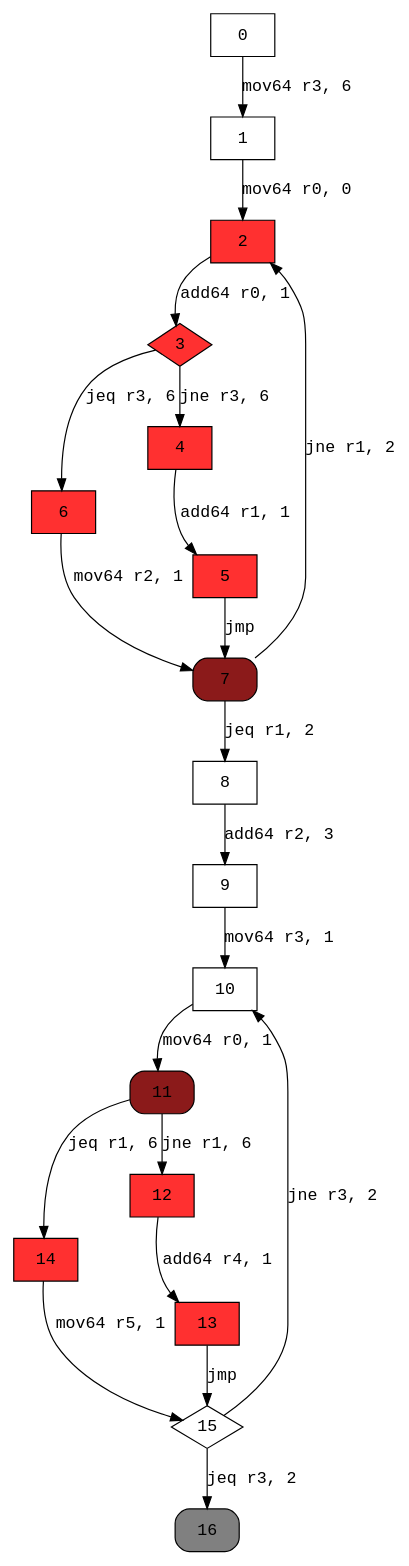
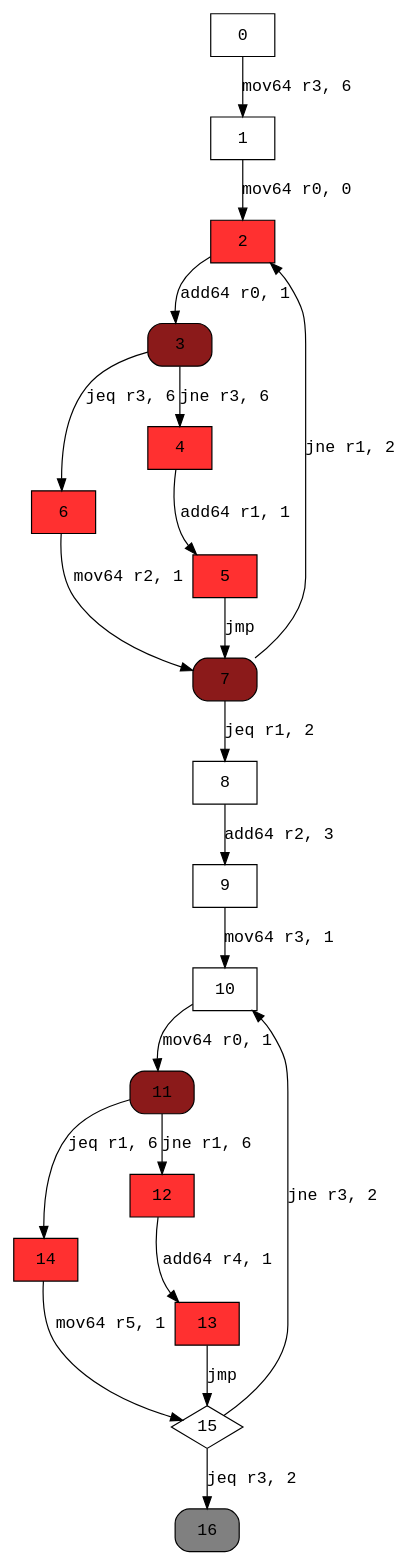
Before and after one commit to XicoCorreia/Information-Flow-Analysis-Thesis: the diagram in graphs/doWhileIfNested.dot, drawn with Graphviz. The commit also changed 11 other files, not shown here.

```diff
--- a/graphs/doWhileIfNested.dot
+++ b/graphs/doWhileIfNested.dot
@@ -1,37 +1,37 @@
 digraph cfg { 
 node [fontname="monospace"];
 node [shape=box];
 edge [fontname="monospace"];
   0 -> 1 [label="mov64 r3, 6"];
   1 -> 2 [label="mov64 r0, 0"];
   2 -> 3 [label="add64 r0, 1"];
   3 -> 6 [label="jeq r3, 6"];
   3 -> 4 [label="jne r3, 6"];
   4 -> 5 [label="add64 r1, 1"];
   5 -> 7 [label="jmp"];
   6 -> 7 [label="mov64 r2, 1"];
   7 -> 8 [label="jeq r1, 2"];
   7 -> 2 [label="jne r1, 2"];
   8 -> 9 [label="add64 r2, 3"];
   9 -> 10 [label="mov64 r3, 1"];
   10 -> 11 [label="mov64 r0, 1"];
   11 -> 14 [label="jeq r1, 6"];
   11 -> 12 [label="jne r1, 6"];
   12 -> 13 [label="add64 r4, 1"];
   13 -> 15 [label="jmp"];
   14 -> 15 [label="mov64 r5, 1"];
   15 -> 16 [label="jeq r3, 2"];
   15 -> 10 [label="jne r3, 2"];
 2 [style=filled,fillcolor=firebrick1];
-3 [shape=diamond,style=filled,fillcolor=firebrick1];
+3 [style="rounded,filled",fillcolor=firebrick4];
 4 [style=filled,fillcolor=firebrick1];
 5 [style=filled,fillcolor=firebrick1];
 6 [style=filled,fillcolor=firebrick1];
 7 [style="rounded,filled",fillcolor=firebrick4];
 11 [style="rounded,filled",fillcolor=firebrick4];
 12 [style=filled,fillcolor=firebrick1];
 13 [style=filled,fillcolor=firebrick1];
 14 [style=filled,fillcolor=firebrick1];
 15 [shape=diamond];
 16 [style="rounded,filled",fillcolor=grey];
 }
```
